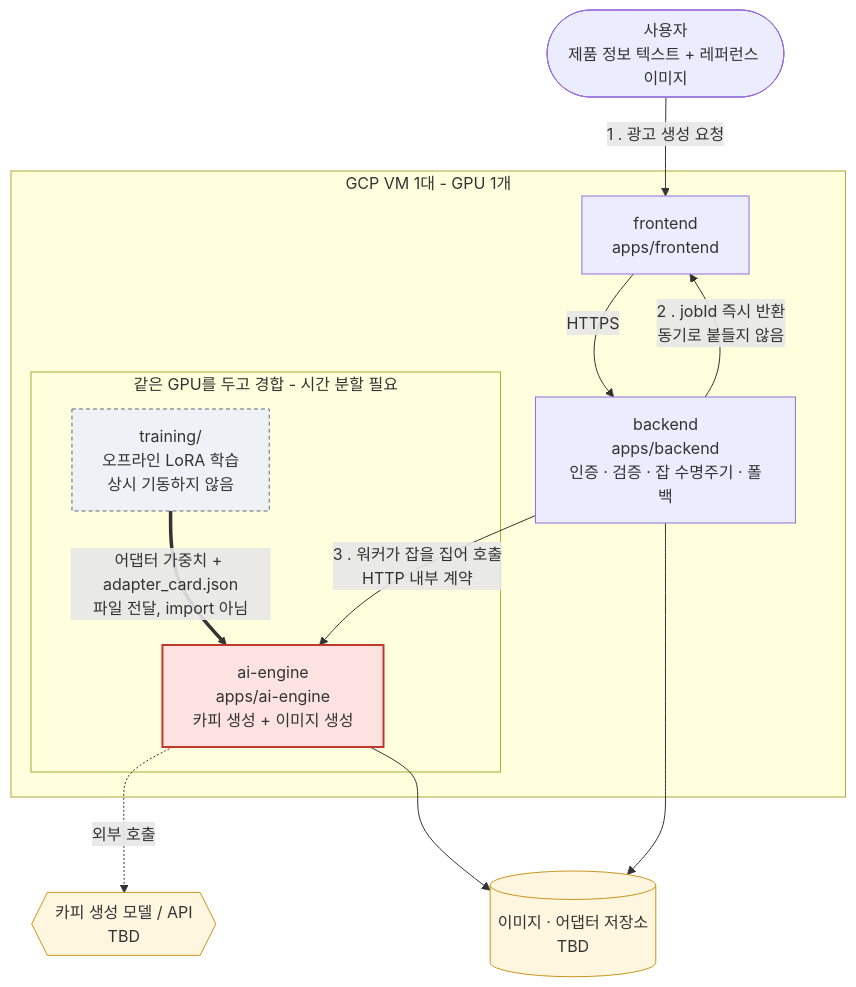
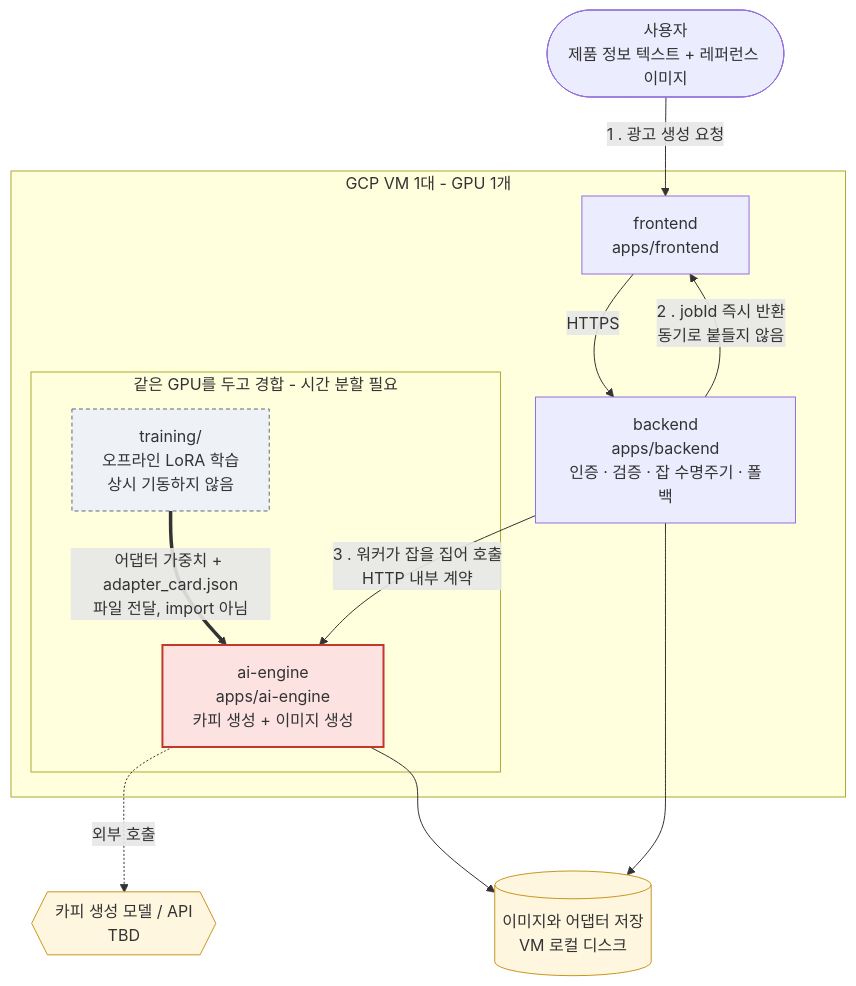
The first of 3 diagrams in docs/공통_가이드/아키텍처.md (Codeit-AI10-Part4-3Team/AI10-Part4-3Team-Advanced-Project), drawn with Mermaid before and after one commit. The commit also changed other lines of this file and 5 other files, not shown here.

````diff
--- a/docs/공통_가이드/아키텍처.md
+++ b/docs/공통_가이드/아키텍처.md
@@ -8,32 +8,32 @@
 ```mermaid
 flowchart TB
     USER(["사용자<br/>제품 정보 텍스트 + 레퍼런스 이미지"])
 
     subgraph VM["GCP VM 1대 - GPU 1개"]
         FE["frontend<br/>apps/frontend"]
         BE["backend<br/>apps/backend<br/>인증 · 검증 · 잡 수명주기 · 폴백"]
         subgraph GPUBOX["같은 GPU를 두고 경합 - 시간 분할 필요"]
             AE["ai-engine<br/>apps/ai-engine<br/>카피 생성 + 이미지 생성"]
             TR["training/<br/>오프라인 LoRA 학습<br/>상시 기동하지 않음"]
         end
     end
 
-    STORE[("이미지 · 어댑터 저장소<br/>TBD")]
+    STORE[("이미지와 어댑터 저장<br/>VM 로컬 디스크")]
     LLM{{"카피 생성 모델 / API<br/>TBD"}}
 
     USER -->|"1 . 광고 생성 요청"| FE
     FE -->|"HTTPS"| BE
     BE -->|"2 . jobId 즉시 반환<br/>동기로 붙들지 않음"| FE
     BE -->|"3 . 워커가 잡을 집어 호출<br/>HTTP 내부 계약"| AE
     AE -.->|"외부 호출"| LLM
     TR ==>|"어댑터 가중치 + adapter_card.json<br/>파일 전달, import 아님"| AE
     AE --> STORE
     BE --> STORE
 
     classDef gpu fill:#fde2e2,stroke:#c0392b,stroke-width:2px
     classDef offline fill:#eef2f7,stroke:#5a6b7d,stroke-dasharray:4 3
     classDef ext fill:#fff6e0,stroke:#c8961e
     class AE gpu
     class TR offline
     class LLM,STORE ext
 ```
````
